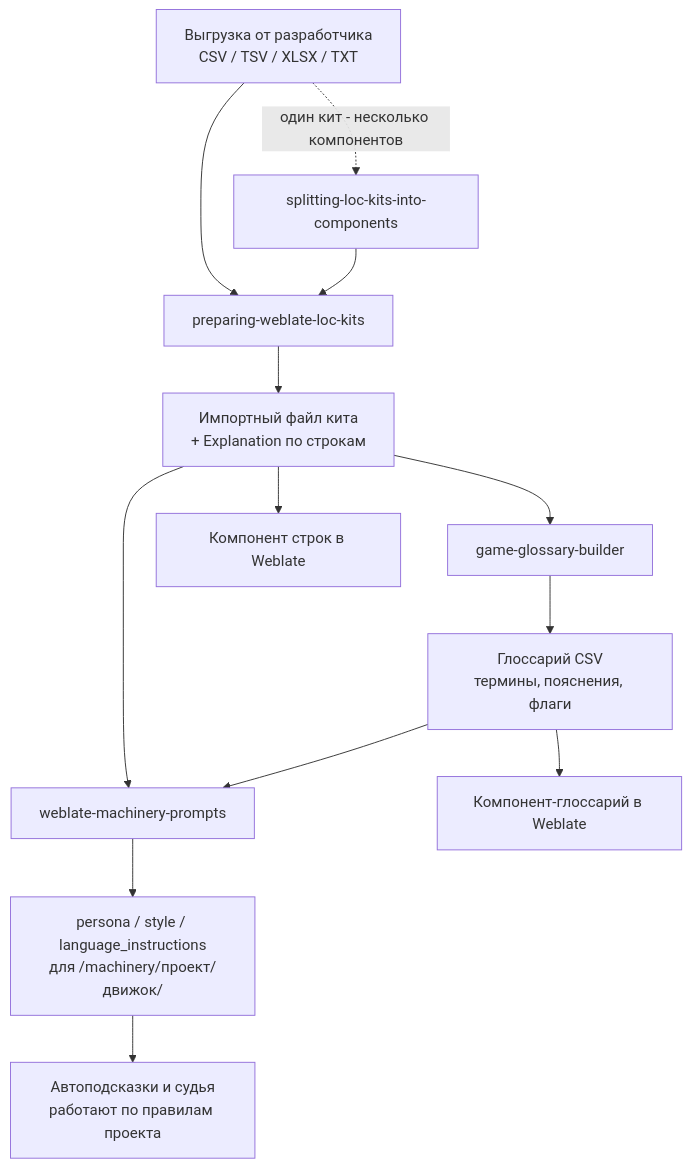
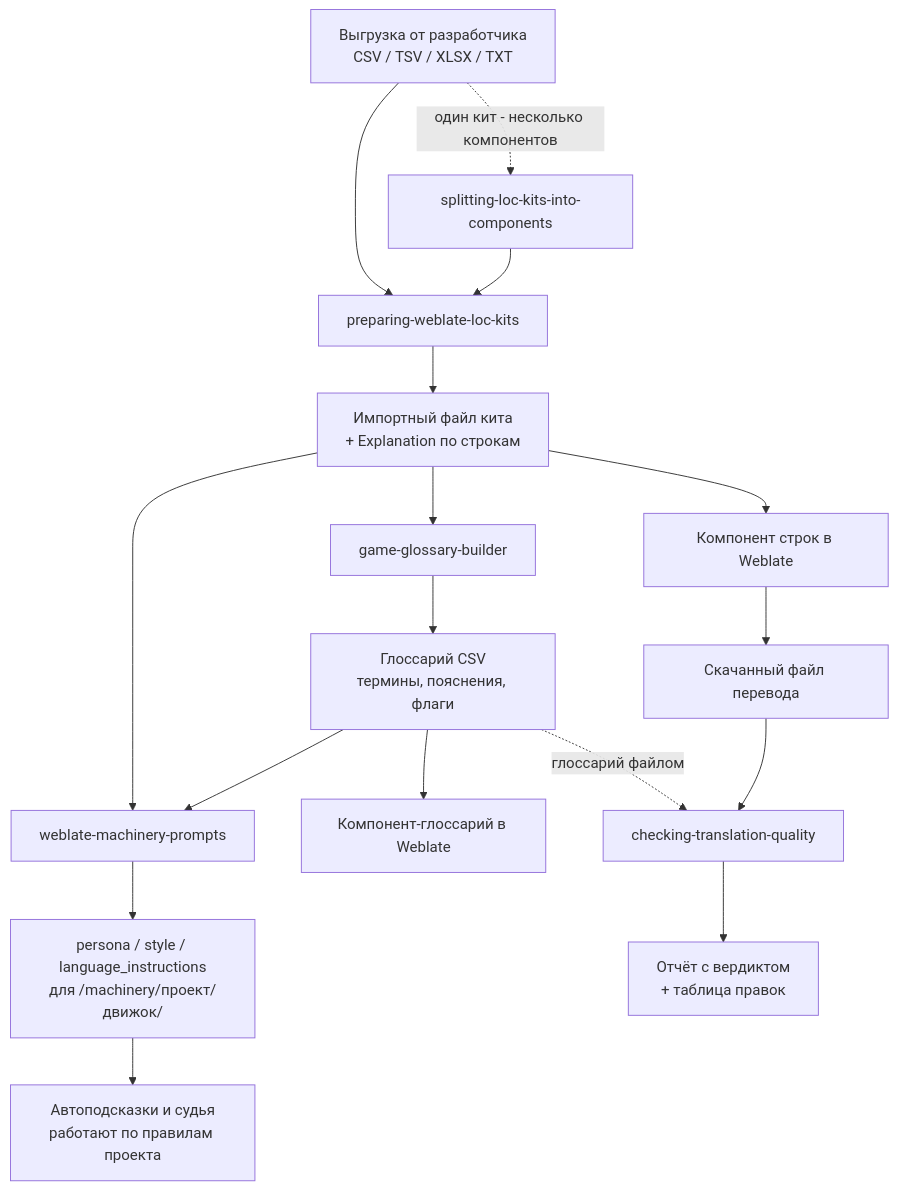
The diagram in docs/workflow.md (v9833078908/Herocraft-Localization-Skills), drawn with Mermaid before and after one commit. The commit also changed other lines of this file and 9 other files, not shown here.

First line of the commit message:
feat(skills): add checking-translation-quality for producers

````diff
--- a/docs/workflow.md
+++ b/docs/workflow.md
@@ -7,15 +7,19 @@
 ```mermaid
 flowchart TD
     A[Выгрузка от разработчика<br/>CSV / TSV / XLSX / TXT] --> B[preparing-weblate-loc-kits]
     A -. один кит - несколько компонентов .-> S[splitting-loc-kits-into-components]
     S --> B
     B --> C[Импортный файл кита<br/>+ Explanation по строкам]
     C --> D[game-glossary-builder]
     D --> E[Глоссарий CSV<br/>термины, пояснения, флаги]
     C --> F[weblate-machinery-prompts]
     E --> F
     F --> G[persona / style / language_instructions<br/>для /machinery/проект/движок/]
     C --> H[Компонент строк в Weblate]
     E --> I[Компонент-глоссарий в Weblate]
     G --> J[Автоподсказки и судья<br/>работают по правилам проекта]
+    H --> K[Скачанный файл перевода]
+    E -. глоссарий файлом .-> L
+    K --> L[checking-translation-quality]
+    L --> M[Отчёт с вердиктом<br/>+ таблица правок]
 ```
````
